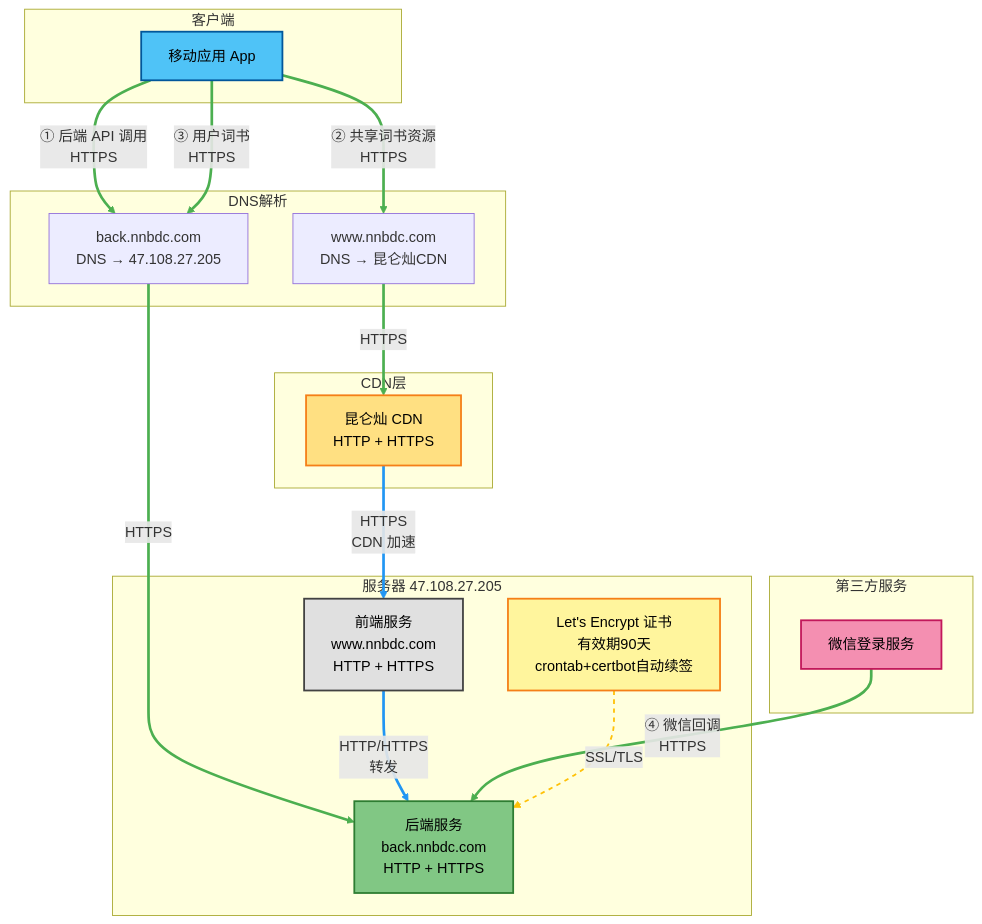
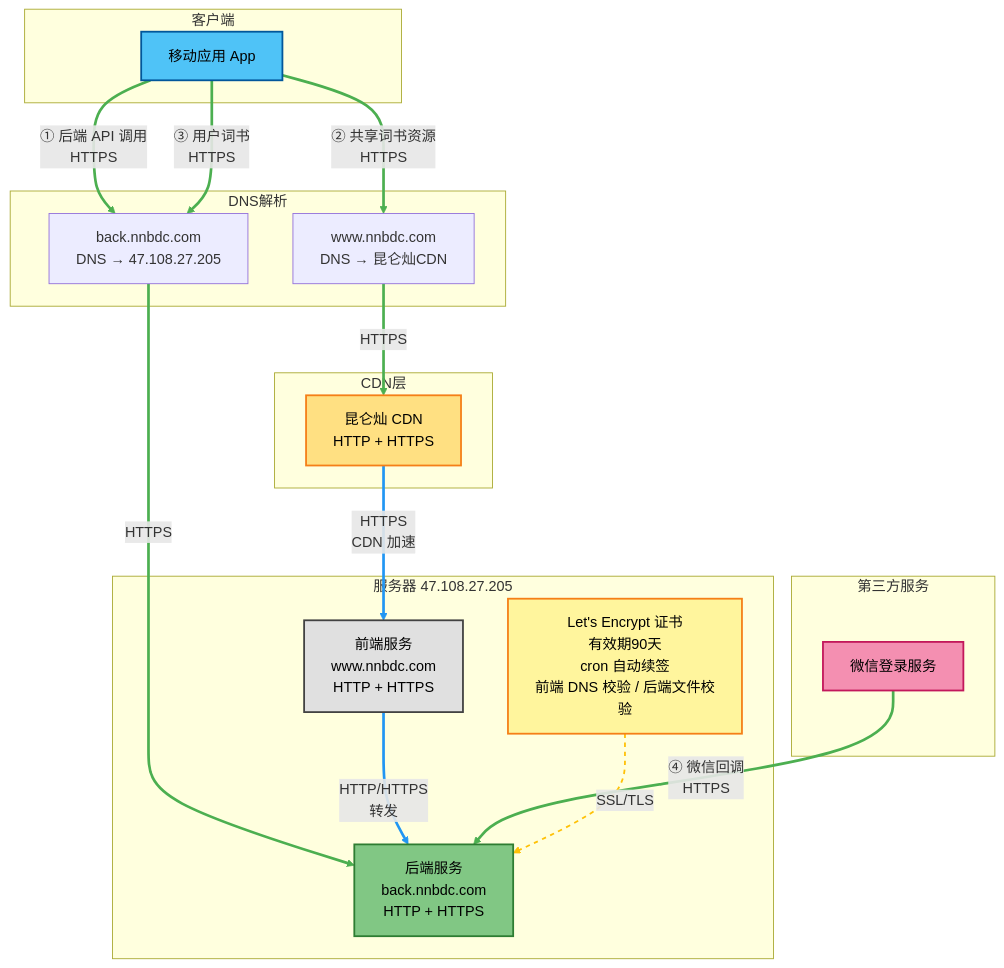
Before and after one commit to yubingma/nnbdc: the first of 2 diagrams in HTTP_HTTPS_ARCHITECTURE.md, drawn with Mermaid. The commit also changed other lines of this file and 9 other files, not shown here.

````diff
--- a/HTTP_HTTPS_ARCHITECTURE.md
+++ b/HTTP_HTTPS_ARCHITECTURE.md
@@ -48,63 +54,63 @@
 ```mermaid
 graph TB
     subgraph "客户端"
         APP[移动应用 App]
     end
     
     subgraph "DNS解析"
         DNS1[www.nnbdc.com<br/>DNS → 昆仑灿CDN]
         DNS2[back.nnbdc.com<br/>DNS → 47.108.27.205]
     end
     
     subgraph "CDN层"
         CDN[昆仑灿 CDN<br/>HTTP + HTTPS]
     end
     
     subgraph "服务器 47.108.27.205"
         FRONTEND[前端服务<br/>www.nnbdc.com<br/>HTTP + HTTPS]
         BACKEND[后端服务<br/>back.nnbdc.com<br/>HTTP + HTTPS]
-        CERT[Let's Encrypt 证书<br/>有效期90天<br/>crontab+certbot自动续签]
+        CERT[Let's Encrypt 证书<br/>有效期90天<br/>cron 自动续签<br/>前端 DNS 校验 / 后端文件校验]
     end
     
     subgraph "第三方服务"
         WECHAT[微信登录服务]
     end
     
     %% API 调用流程 - HTTPS
     APP -->|"① 后端 API 调用<br/>HTTPS"| DNS2
     DNS2 -->|"HTTPS"| BACKEND
     
     %% 共享词书资源 - HTTPS（经 CDN）
     APP -->|"② 共享词书资源<br/>HTTPS"| DNS1
     DNS1 -->|"HTTPS"| CDN
     CDN -->|"HTTPS<br/>CDN 加速"| FRONTEND
     FRONTEND -->|"HTTP/HTTPS<br/>转发"| BACKEND
     
     %% 用户词书资源 - HTTPS
     APP -->|"③ 用户词书<br/>HTTPS"| DNS2
     
     %% 微信登录 - HTTPS
     WECHAT -->|"④ 微信回调<br/>HTTPS"| BACKEND
     
     %% 证书关联
     CERT -.->|SSL/TLS| BACKEND
     
     %% 样式定义 - 使用更高对比度的配色
     style APP fill:#4FC3F7,stroke:#01579B,stroke-width:2px,color:#000
     style CDN fill:#FFE082,stroke:#F57F17,stroke-width:2px,color:#000
     style FRONTEND fill:#E0E0E0,stroke:#424242,stroke-width:2px,color:#000
     style BACKEND fill:#81C784,stroke:#2E7D32,stroke-width:2px,color:#000
     style WECHAT fill:#F48FB1,stroke:#C2185B,stroke-width:2px,color:#000
     style CERT fill:#FFF59D,stroke:#F57F17,stroke-width:2px,color:#000
     
     %% 连接线颜色 - 蓝色表示HTTP，绿色表示HTTPS
     linkStyle 0 stroke:#4CAF50,stroke-width:3px
     linkStyle 1 stroke:#4CAF50,stroke-width:3px
     linkStyle 2 stroke:#4CAF50,stroke-width:3px
     linkStyle 3 stroke:#4CAF50,stroke-width:3px
     linkStyle 4 stroke:#2196F3,stroke-width:3px
     linkStyle 5 stroke:#2196F3,stroke-width:3px
     linkStyle 6 stroke:#4CAF50,stroke-width:3px
     linkStyle 7 stroke:#4CAF50,stroke-width:3px
     linkStyle 8 stroke:#FFC107,stroke-width:2px,stroke-dasharray: 5 5
 ```
````
